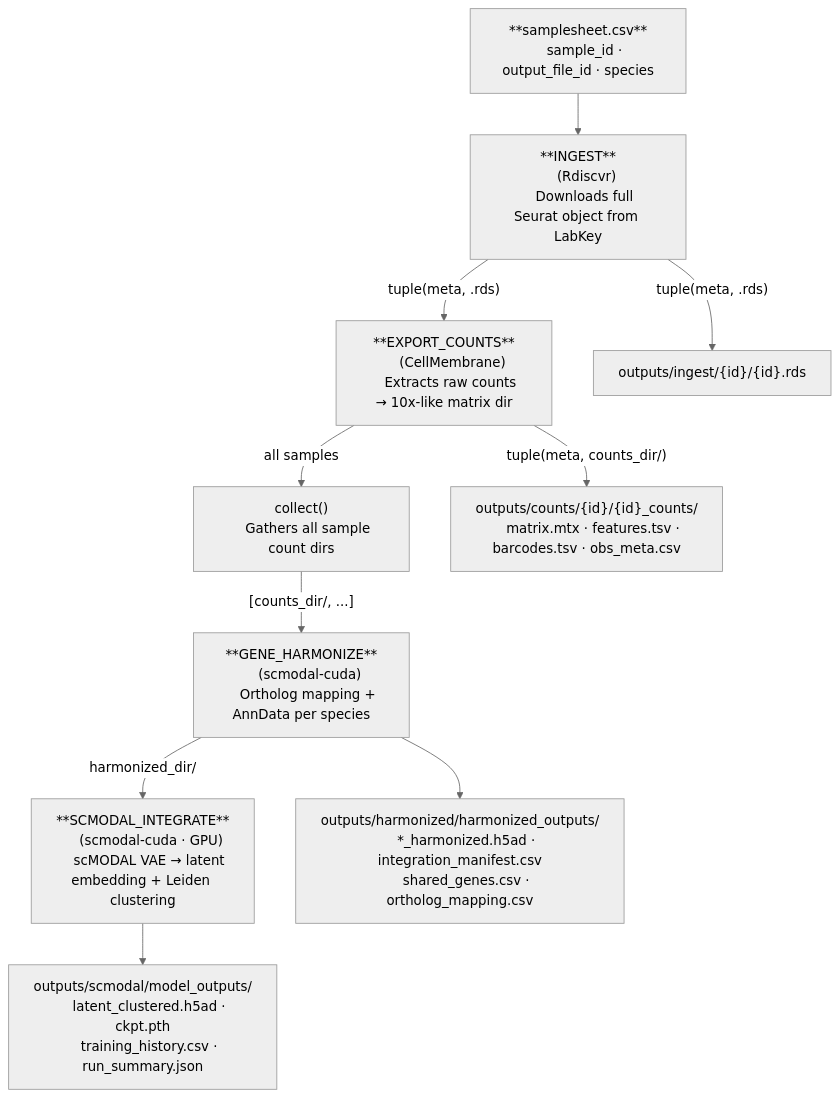
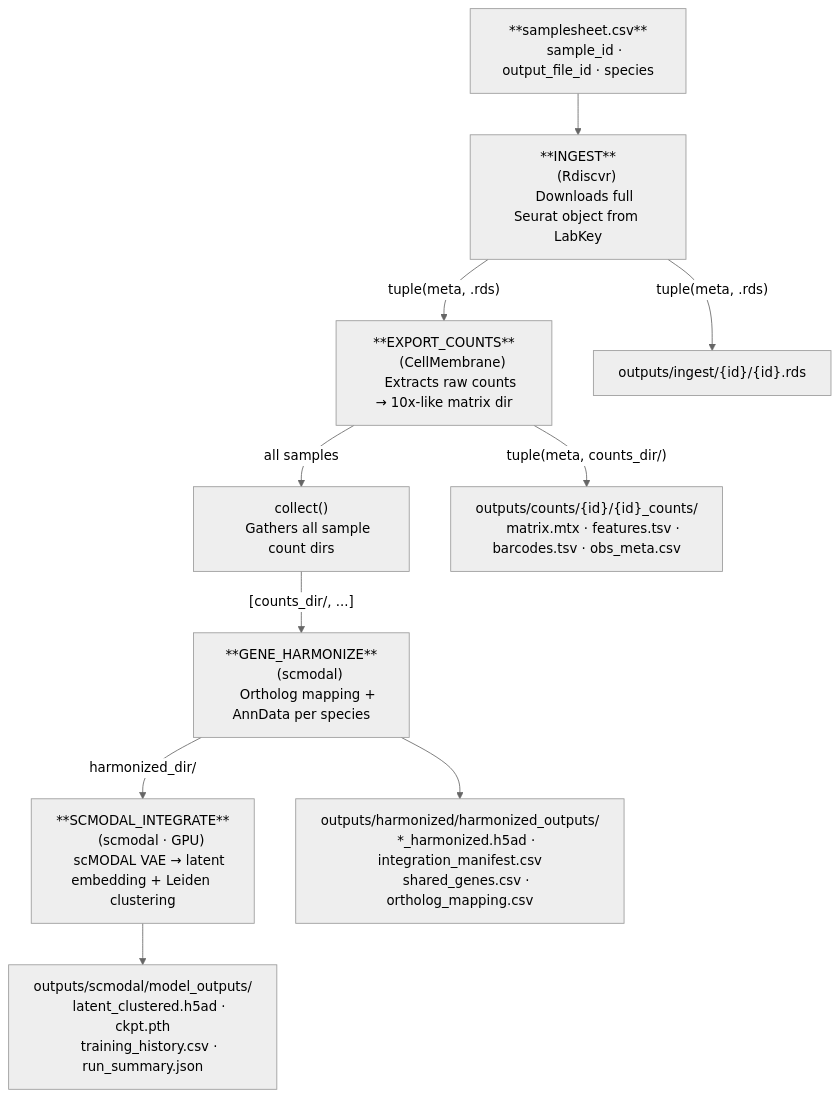
One commit to GWMcElfresh/GoodWorkflows changed the diagram in docs/workflows/integration-pipeline.md. Above: the diagram before and after it, drawn with Mermaid (neutral theme). The commit also changed 16 other files, not shown here.

````diff
--- a/docs/workflows/integration-pipeline.md
+++ b/docs/workflows/integration-pipeline.md
@@ -15,44 +15,44 @@
 ```mermaid
 flowchart TD
     SS["**samplesheet.csv**
     sample_id · output_file_id · species"]
 
     INGEST["**INGEST**
     (Rdiscvr)
     Downloads full Seurat object from LabKey"]
 
     EXPORT_COUNTS["**EXPORT_COUNTS**
     (CellMembrane)
     Extracts raw counts → 10x-like matrix dir"]
 
     COLLECT["collect()
     Gathers all sample count dirs"]
 
     GENE_HARMONIZE["**GENE_HARMONIZE**
-    (scmodal-cuda)
+    (scmodal)
     Ortholog mapping + AnnData per species"]
 
     SCMODAL["**SCMODAL_INTEGRATE**
-    (scmodal-cuda · GPU)
+    (scmodal · GPU)
     scMODAL VAE → latent embedding + Leiden clustering"]
 
     OUT_RDS["outputs/ingest/{id}/{id}.rds"]
     OUT_COUNTS["outputs/counts/{id}/{id}_counts/
     matrix.mtx · features.tsv · barcodes.tsv · obs_meta.csv"]
     OUT_HARM["outputs/harmonized/harmonized_outputs/
     *_harmonized.h5ad · integration_manifest.csv
     shared_genes.csv · ortholog_mapping.csv"]
     OUT_MODEL["outputs/scmodal/model_outputs/
     latent_clustered.h5ad · ckpt.pth
     training_history.csv · run_summary.json"]
 
     SS --> INGEST
     INGEST -->|"tuple(meta, .rds)"| OUT_RDS
     INGEST -->|"tuple(meta, .rds)"| EXPORT_COUNTS
     EXPORT_COUNTS -->|"tuple(meta, counts_dir/)"| OUT_COUNTS
     EXPORT_COUNTS -->|"all samples"| COLLECT
     COLLECT -->|"[counts_dir/, ...]"| GENE_HARMONIZE
     GENE_HARMONIZE --> OUT_HARM
     GENE_HARMONIZE -->|"harmonized_dir/"| SCMODAL
     SCMODAL --> OUT_MODEL
 ```
````
